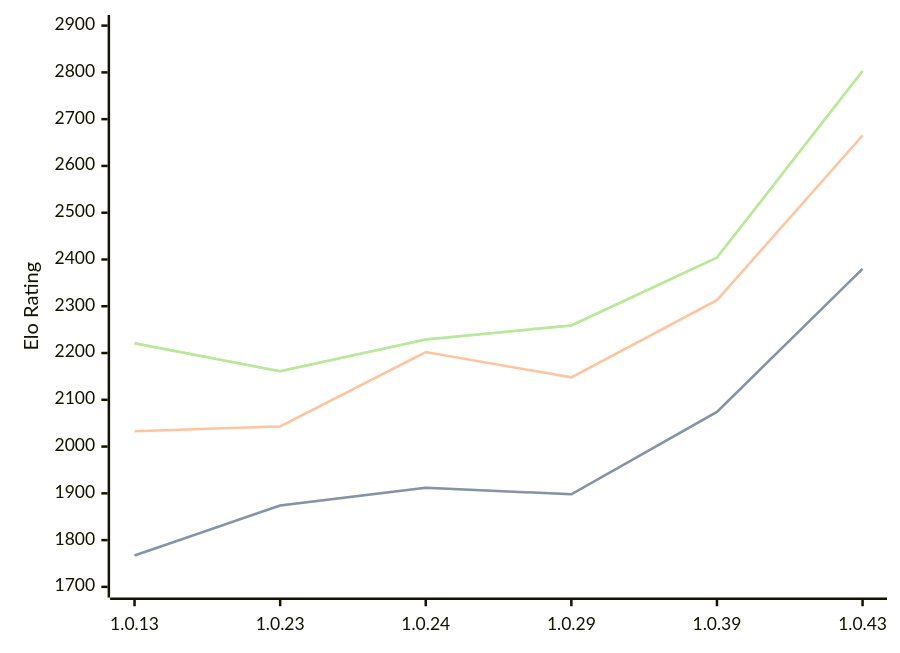
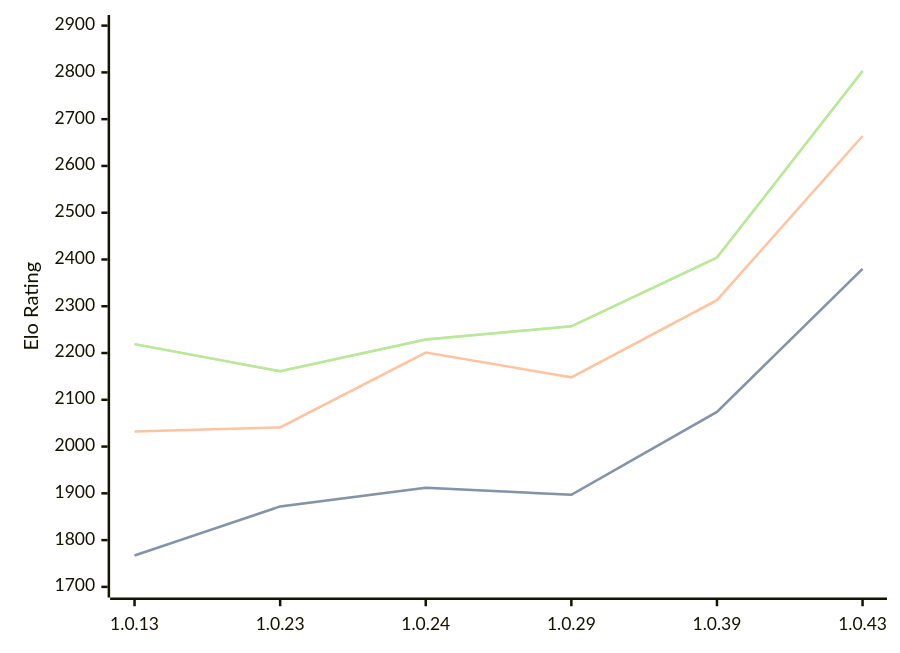
The third of 3 diagrams in engines/RustyRival.md (computer-chess-index/cci), drawn with Mermaid before and after one commit. The commit also changed other lines of this file, not shown here.

Commit message:
Update CCI Ratings (ELO VLTC) - 2026-06-19

````diff
--- a/engines/RustyRival.md
+++ b/engines/RustyRival.md
@@ -101,11 +101,11 @@
 ```mermaid
 %%{init: {"theme":"base","themeVariables":{"seriesColors:['#a3a3a3','#222221','#faa371']}}}%%
 xychart-beta
   x-axis ["1.0.13", "1.0.23", "1.0.24", "1.0.29", "1.0.39", "1.0.43"]
   y-axis "Elo Rating" 1700 --> 2900
-  line "STC (8.0+0.08s)" [1767, 1874, 1912, 1898, 2074, 2380]
-  line "STC (8.0+0.08s)" [1767, 1874, 1912, 1898, 2074, 2380]
-  line "LTC (60.0+0.60s)" [2033, 2043, 2202, 2148, 2313, 2665]
-  line "VLTC (2m24s+1.12s)" [2221, 2161, 2229, 2259, 2404, 2803]
-  line "VLTC (2m24s+1.12s)" [2221, 2161, 2229, 2259, 2404, 2803]
+  line "STC (8.0+0.08s)" [1767, 1872, 1912, 1897, 2074, 2380]
+  line "STC (8.0+0.08s)" [1767, 1872, 1912, 1897, 2074, 2380]
+  line "LTC (60.0+0.60s)" [2032, 2041, 2201, 2148, 2313, 2664]
+  line "VLTC (2m24s+1.12s)" [2219, 2161, 2229, 2257, 2404, 2803]
+  line "VLTC (2m24s+1.12s)" [2219, 2161, 2229, 2257, 2404, 2803]
 ```
````
